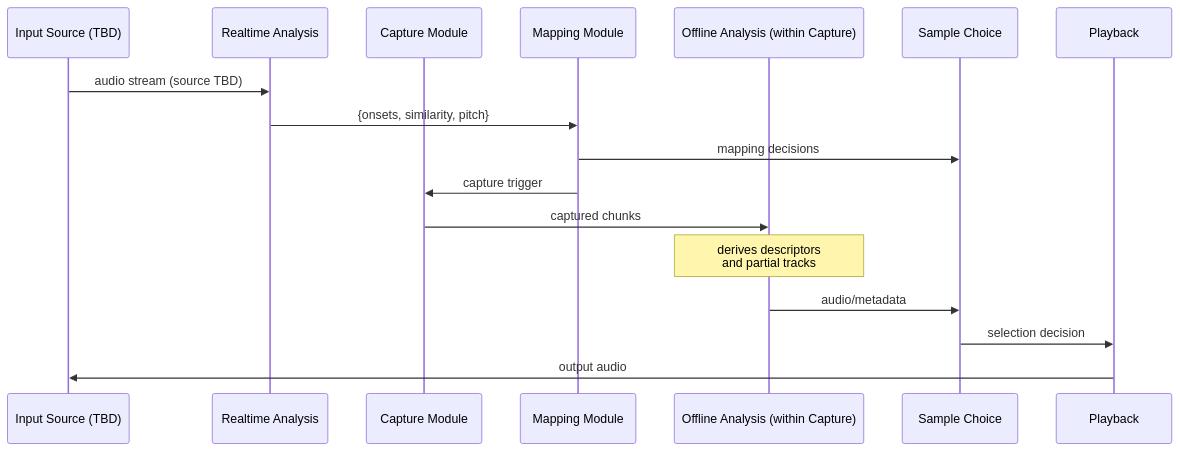
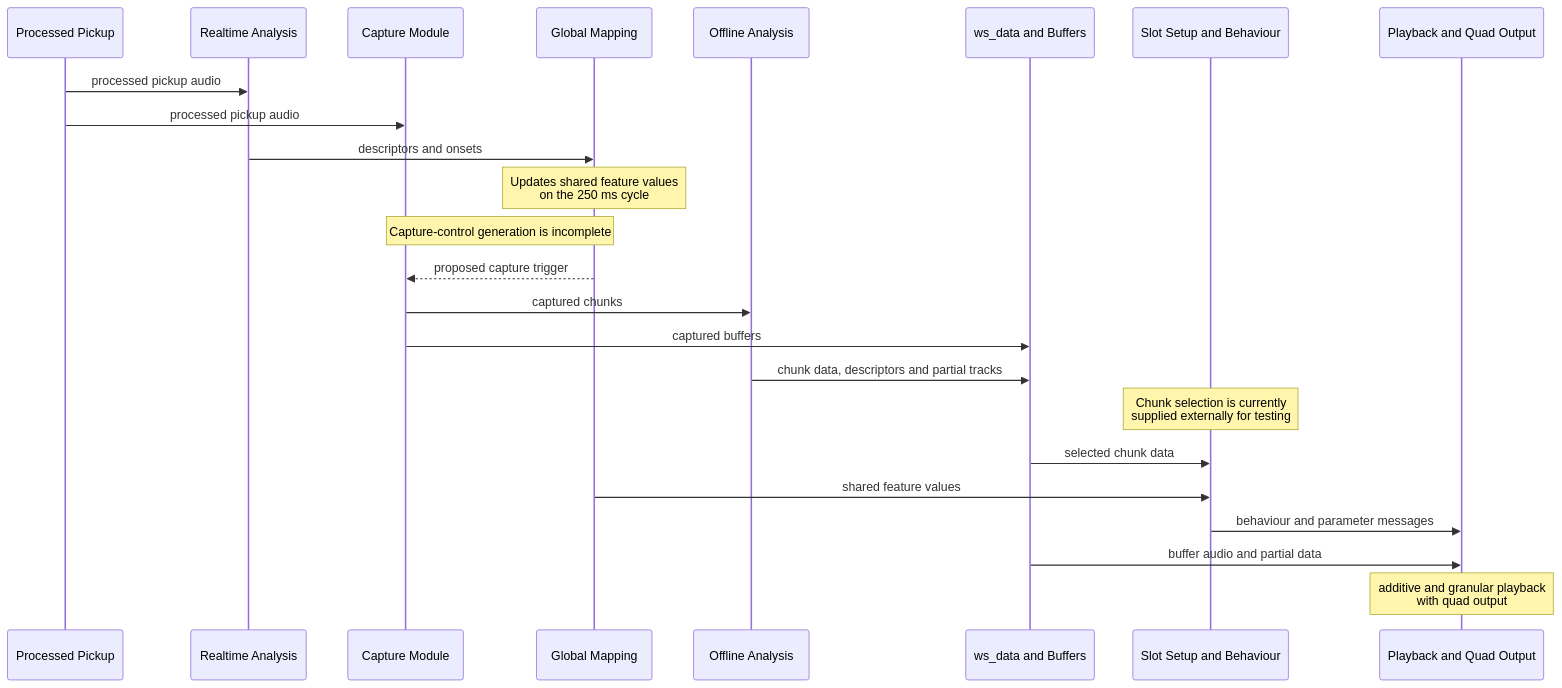
One commit to AlexHarker/wintersleep changed the fourth of 4 diagrams in System Architecture.md. Above: the diagram before and after it, drawn with Mermaid. The commit also changed other lines of this file and 1 other file, not shown here.

````diff
--- a/System Architecture.md
+++ b/System Architecture.md
@@ -193,24 +216,27 @@
 ```mermaid
 sequenceDiagram
-    participant AudioInput as Input Source (TBD)
+    participant AudioInput as Processed Pickup
     participant Analysis as Realtime Analysis
     participant Capture as Capture Module
-    participant Mapping as Mapping Module
-    participant Offline as Offline Analysis (within Capture)
-    participant Choice as Sample Choice
-    participant Playback as Playback
+    participant Mapping as Global Mapping
+    participant Offline as Offline Analysis
+    participant Data as ws_data and Buffers
+    participant Slot as Slot Setup and Behaviour
+    participant Playback as Playback and Quad Output
     
-    AudioInput->>Analysis: audio stream (source TBD)
-    Analysis->>Mapping: {onsets, similarity, pitch}
-    
-    Mapping->>Choice: mapping decisions
-    Mapping->>Capture: capture trigger
+    AudioInput->>Analysis: processed pickup audio
+    AudioInput->>Capture: processed pickup audio
+    Analysis->>Mapping: descriptors and onsets
+    Note over Mapping: Updates shared feature values<br/>on the 250 ms cycle
+    Note over Mapping,Capture: Capture-control generation is incomplete
+    Mapping-->>Capture: proposed capture trigger
     Capture->>Offline: captured chunks
-    
-    Note over Offline: derives descriptors<br/>and partial tracks
-    
-    Offline->>Choice: audio/metadata
-    Choice->>Playback: selection decision
-    
-    Playback->>AudioInput: output audio
+    Capture->>Data: captured buffers
+    Offline->>Data: chunk data, descriptors and partial tracks
+    Note over Slot: Chunk selection is currently<br/>supplied externally for testing
+    Data->>Slot: selected chunk data
+    Mapping->>Slot: shared feature values
+    Slot->>Playback: behaviour and parameter messages
+    Data->>Playback: buffer audio and partial data
+    Note over Playback: additive and granular playback<br/>with quad output
 ```
````
